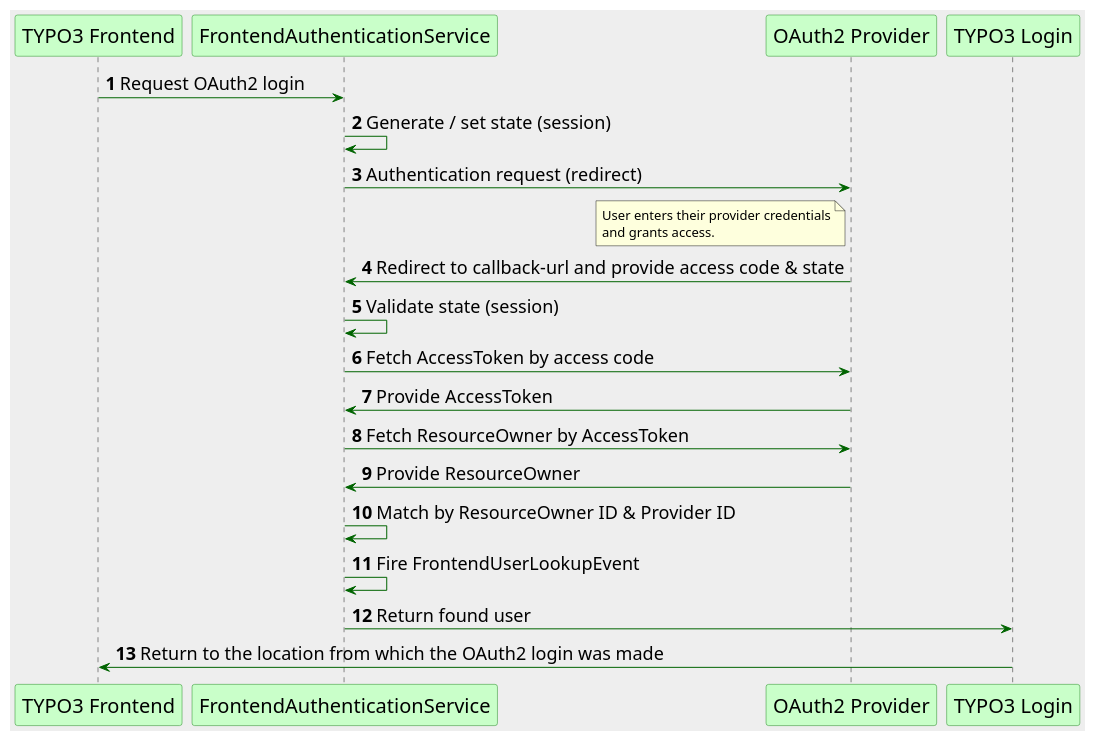
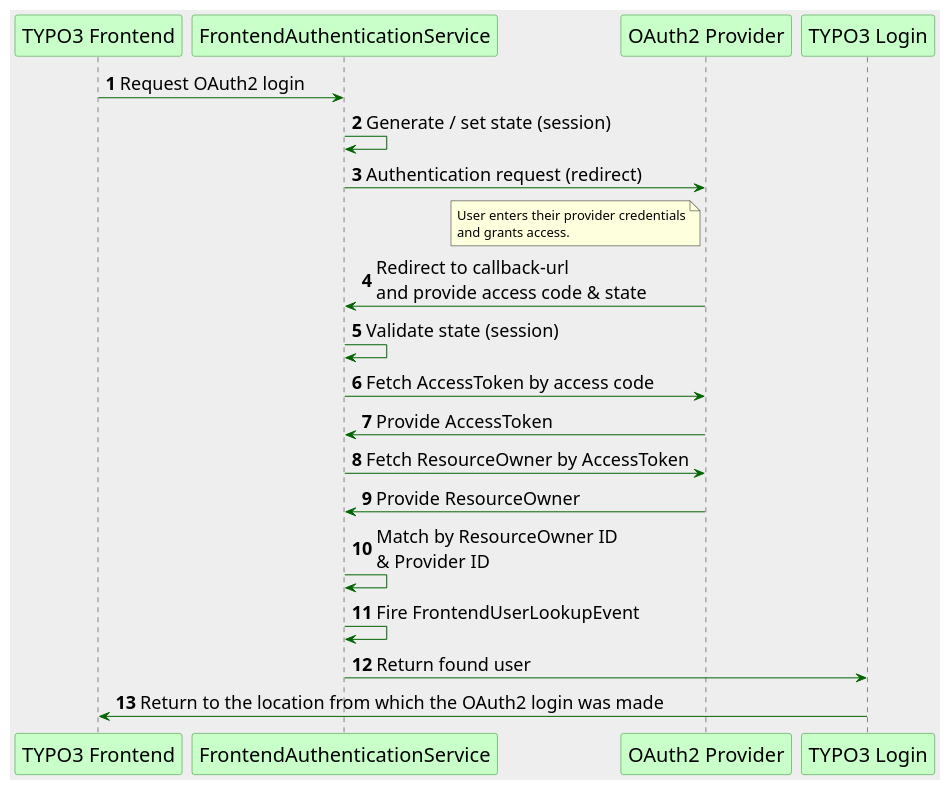
The third of 4 diagrams in Documentation/Developers/Index.rst (jswebguru/OAuth2-client), drawn with PlantUML before and after one commit. The commit also changed other lines of this file and 12 other files, not shown here.

```diff
--- a/Documentation/Developers/Index.rst
+++ b/Documentation/Developers/Index.rst
@@ -106,32 +106,32 @@
 .. uml::
 
    skinparam backgroundColor #EEE
    skinparam handwritten false
    skinparam sequence {
        ArrowColor DarkGreen
        ArrowFontSize 18
        ParticipantBorderColor ForestGreen
        ParticipantFontSize 20
        ParticipantBackgroundColor TECHNOLOGY
    }
 
    autonumber
 
    "TYPO3 Frontend" -> "FrontendAuthenticationService": Request OAuth2 login
    "FrontendAuthenticationService" -> "FrontendAuthenticationService": Generate / set state (session)
    "FrontendAuthenticationService" -> "OAuth2 Provider": Authentication request (redirect)
    note left of "OAuth2 Provider"
        User enters their provider credentials
        and grants access.
    end note
-   "OAuth2 Provider" -> "FrontendAuthenticationService": Redirect to callback-url and provide access code & state
+   "OAuth2 Provider" -> "FrontendAuthenticationService": Redirect to callback-url\nand provide access code & state
    "FrontendAuthenticationService" -> "FrontendAuthenticationService": Validate state (session)
    "FrontendAuthenticationService" -> "OAuth2 Provider": Fetch AccessToken by access code
    "OAuth2 Provider" -> "FrontendAuthenticationService": Provide AccessToken
    "FrontendAuthenticationService" -> "OAuth2 Provider": Fetch ResourceOwner by AccessToken
    "OAuth2 Provider" -> "FrontendAuthenticationService": Provide ResourceOwner
-   "FrontendAuthenticationService" -> "FrontendAuthenticationService": Match by ResourceOwner ID & Provider ID
+   "FrontendAuthenticationService" -> "FrontendAuthenticationService": Match by ResourceOwner ID\n& Provider ID
    "FrontendAuthenticationService" -> "FrontendAuthenticationService": Fire FrontendUserLookupEvent
    "FrontendAuthenticationService" -> "TYPO3 Login": Return found user
    "TYPO3 Login" -> "TYPO3 Frontend": Return to the location from which the OAuth2 login was made
    @enduml
```
